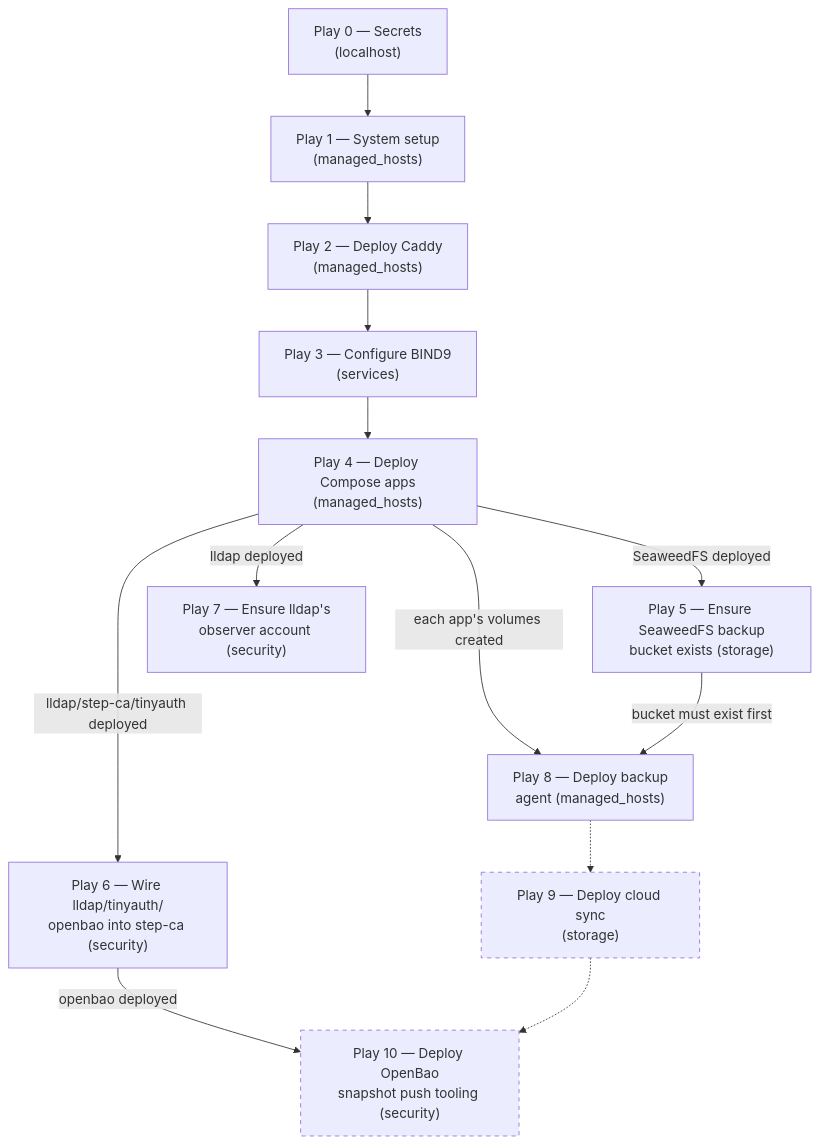
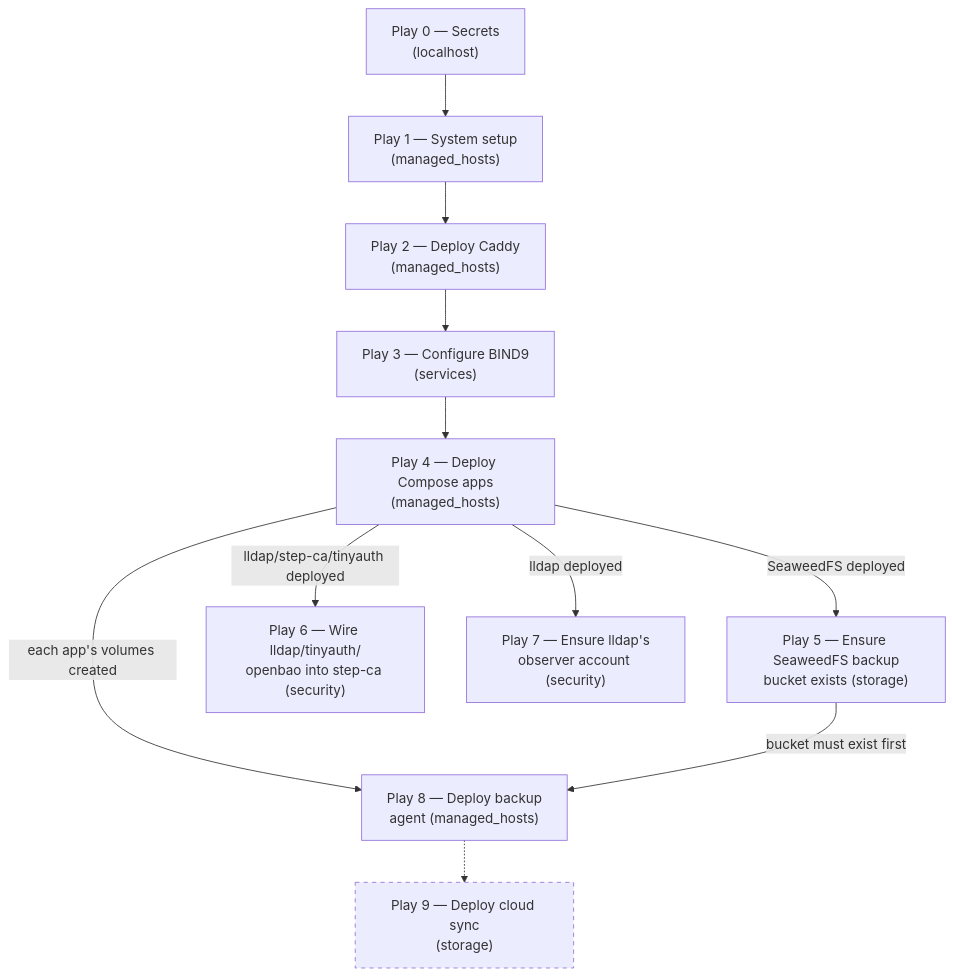
The diagram in docs/topics/deploy/deployment-flow.md (wenenhoe/homelab), drawn with Mermaid before and after one commit. The commit also changed other lines of this file and 11 other files, not shown here.

````diff
--- a/docs/topics/deploy/deployment-flow.md
+++ b/docs/topics/deploy/deployment-flow.md
@@ -8,27 +8,23 @@
 ```mermaid
 flowchart TD
     p0["Play 0 — Secrets<br/>(localhost)"]
     p1["Play 1 — System setup<br/>(managed_hosts)"]
     p2["Play 2 — Deploy Caddy<br/>(managed_hosts)"]
     p3["Play 3 — Configure BIND9<br/>(services)"]
     p4["Play 4 — Deploy Compose apps<br/>(managed_hosts)"]
     p5["Play 5 — Ensure SeaweedFS backup<br/>bucket exists (storage)"]
     p6["Play 6 — Wire lldap/tinyauth/<br/>openbao into step-ca (security)"]
     p7["Play 7 — Ensure lldap's<br/>observer account (security)"]
     p8["Play 8 — Deploy backup<br/>agent (managed_hosts)"]
     p9["Play 9 — Deploy cloud sync<br/>(storage)"]
-    p10["Play 10 — Deploy OpenBao<br/>snapshot push tooling (security)"]
 
     p0 --> p1 --> p2 --> p3 --> p4
     p4 -- "SeaweedFS deployed" --> p5
     p4 -- "lldap/step-ca/tinyauth deployed" --> p6
     p4 -- "lldap deployed" --> p7
     p4 -- "each app's volumes created" --> p8
     p5 -- "bucket must exist first" --> p8
     p8 -.-> p9
-    p6 -- "openbao deployed" --> p10
-    p9 -.-> p10
 
     style p9 stroke-dasharray: 5 5
-    style p10 stroke-dasharray: 5 5
 ```
````
